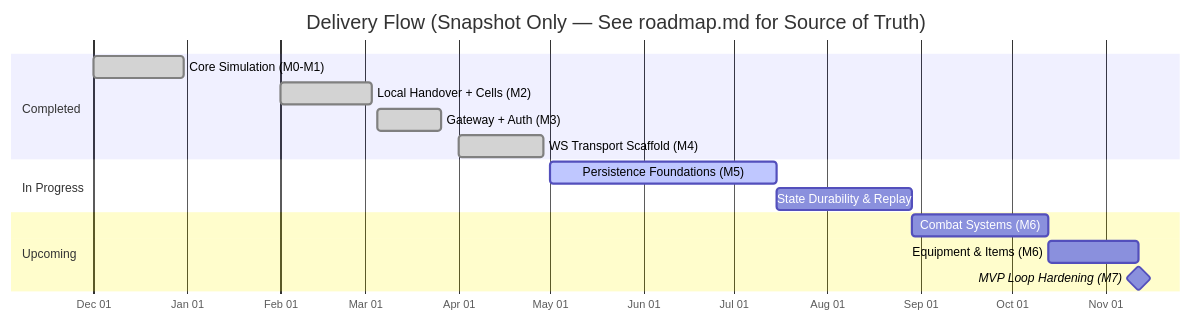
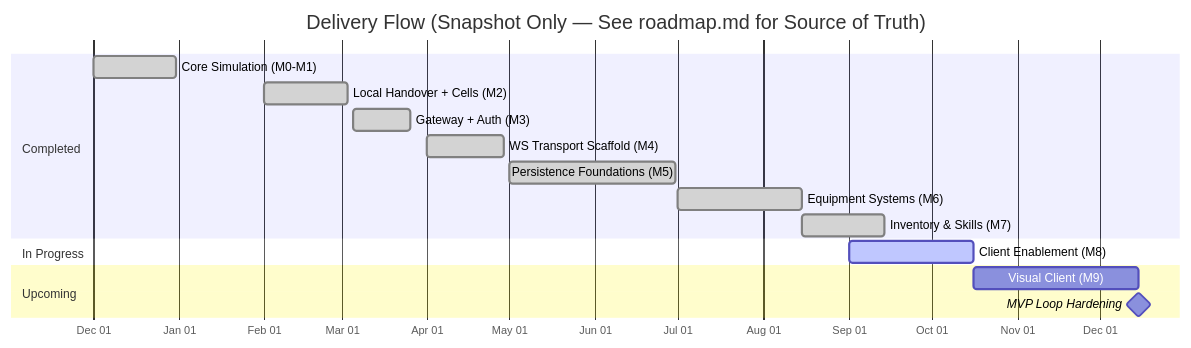
One commit to AstroSteveo/prototype-game changed the diagram in README.md. Above: the diagram before and after it, drawn with Mermaid. The commit also changed other lines of this file and 3 other files, not shown here.

````diff
--- a/README.md
+++ b/README.md
@@ -54,21 +54,22 @@
 ```mermaid
 gantt
     title Delivery Flow (Snapshot Only — See roadmap.md for Source of Truth)
     dateFormat  YYYY-MM-DD
     axisFormat  %b %d
 
     section Completed
     Core Simulation (M0-M1)        :done,    m0, 2024-12-01, 30d
     Local Handover + Cells (M2)    :done,    m2, 2025-02-01, 30d
     Gateway + Auth (M3)            :done,    m3, 2025-03-05, 21d
     WS Transport Scaffold (M4)     :done,    m4, 2025-04-01, 28d
+    Persistence Foundations (M5)   :done,    m5, 2025-05-01, 60d
+    Equipment Systems (M6)         :done,    m6, 2025-07-01, 45d
+    Inventory & Skills (M7)        :done,    m7, 2025-08-15, 30d
 
     section In Progress
-    Persistence Foundations (M5)   :active,  m5a, 2025-05-01, 75d
-    State Durability & Replay      :        m5b, after m5a, 45d
+    Client Enablement (M8)         :active,  m8, 2025-09-01, 45d
 
     section Upcoming
-    Combat Systems (M6)            :        m6c, after m5b, 45d
-    Equipment & Items (M6)         :        m6e, after m6c, 30d
-    MVP Loop Hardening (M7)        :milestone, m7, after m6e, 0d
+    Visual Client (M9)             :        m9, after m8, 60d
+    MVP Loop Hardening            :milestone, mvp, after m9, 0d
 ```
````
